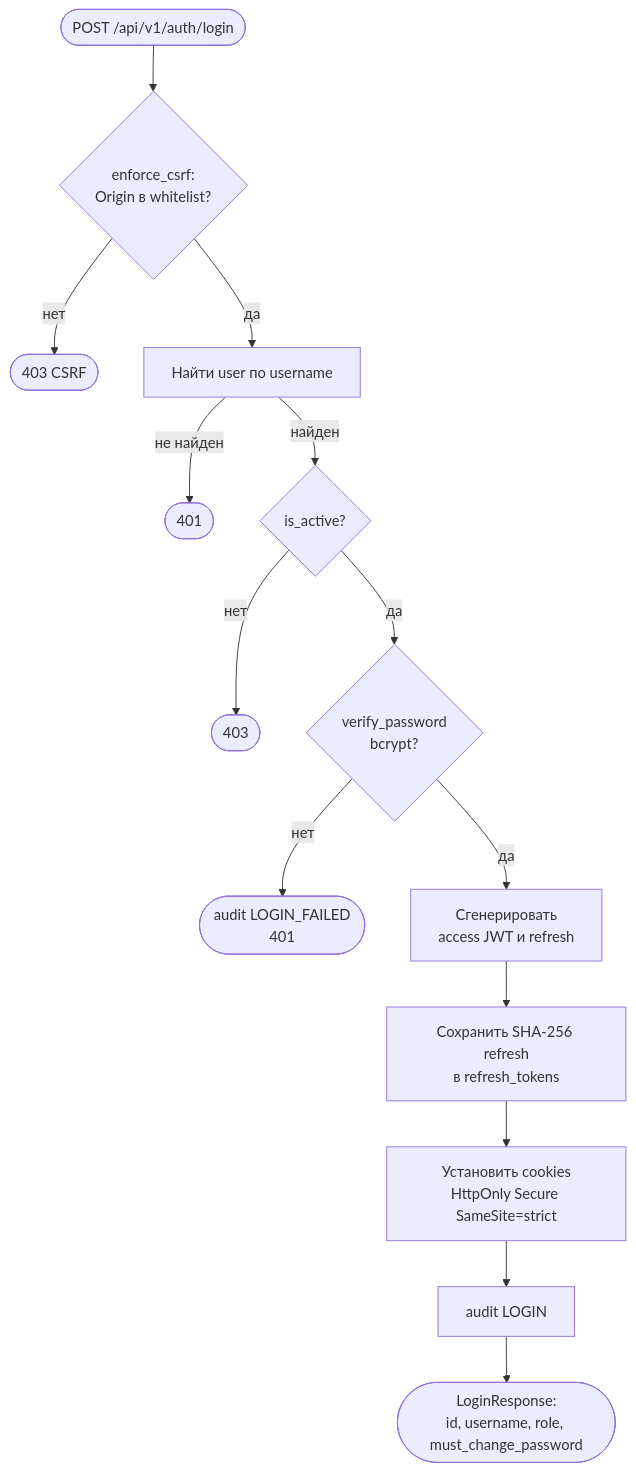
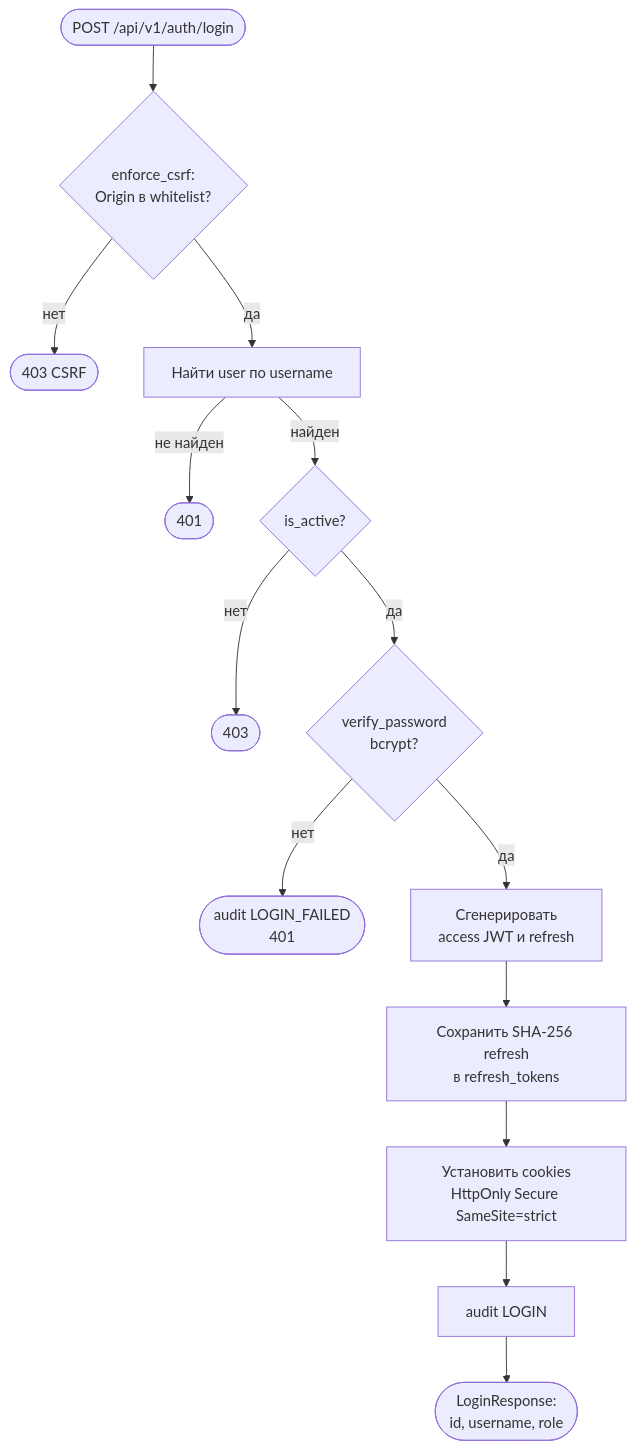
The third of 9 diagrams in docs/GOST_34_DOCUMENTATION.md (nkolomiika/SberPCF), drawn with Mermaid before and after one commit. The commit also changed other lines of this file and 12 other files, not shown here.

````diff
--- a/docs/GOST_34_DOCUMENTATION.md
+++ b/docs/GOST_34_DOCUMENTATION.md
@@ -907,16 +907,16 @@
 ```mermaid
 flowchart TD
     A([POST /api/v1/auth/login]) --> B{enforce_csrf:<br/>Origin в whitelist?}
     B -- "нет" --> X1([403 CSRF])
     B -- "да" --> C[Найти user по username]
     C -- "не найден" --> X2([401])
     C -- "найден" --> D{is_active?}
     D -- "нет" --> X3([403])
     D -- "да" --> E{verify_password<br/>bcrypt?}
     E -- "нет" --> X4([audit LOGIN_FAILED<br/>401])
     E -- "да" --> F[Сгенерировать<br/>access JWT и refresh]
     F --> G[Сохранить SHA-256 refresh<br/>в refresh_tokens]
     G --> H[Установить cookies<br/>HttpOnly Secure SameSite=strict]
     H --> I[audit LOGIN]
-    I --> J([LoginResponse:<br/>id, username, role, must_change_password])
+    I --> J([LoginResponse:<br/>id, username, role])
 ```
````
